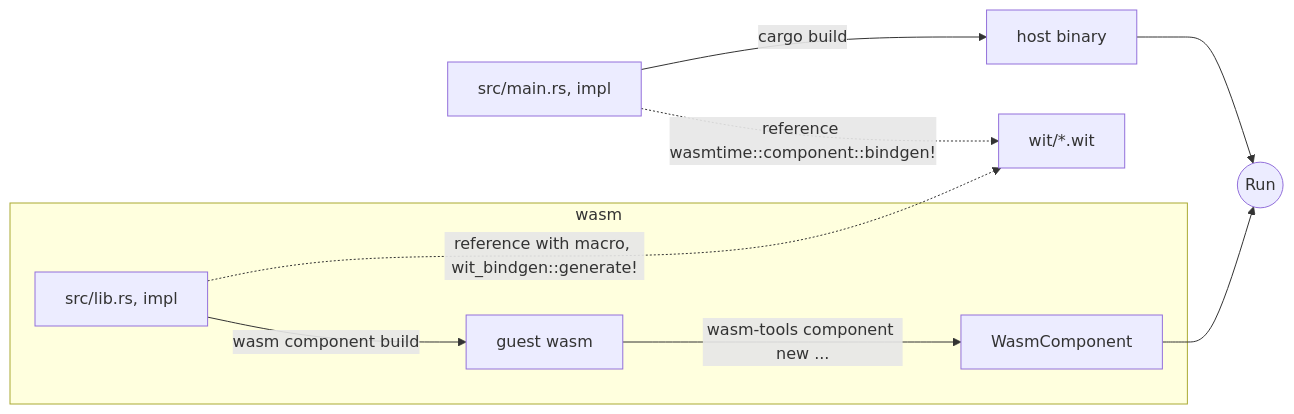
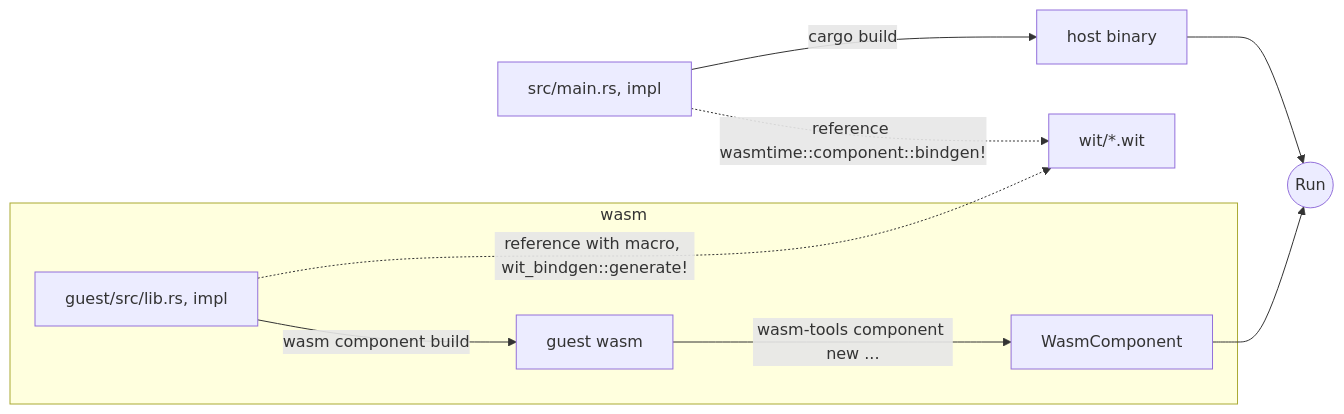
Before and after one commit to heya-naohiro/wasm-load-basecamp: the diagram in README.md, drawn with Mermaid.

````diff
--- a/README.md
+++ b/README.md
@@ -60,12 +60,12 @@
 ```mermaid
 flowchart LR
 subgraph wasm
-WasmLib[src/lib.rs, impl] -->|wasm component build| Wasm[guest wasm]
+WasmLib[guest/src/lib.rs, impl] -->|wasm component build| Wasm[guest wasm]
 Wasm -->|wasm-tools component new ...| WasmComponent
 end
 WasmLib -.->|reference with macro, wit_bindgen::generate!| I[wit/*.wit]
 HostSrc[src/main.rs, impl] -.->|reference wasmtime::component::bindgen!| I
 HostSrc -->|cargo build | HostApp[host binary]
 HostApp --> Run((Run))
 WasmComponent --> Run((Run))
 ```
````
